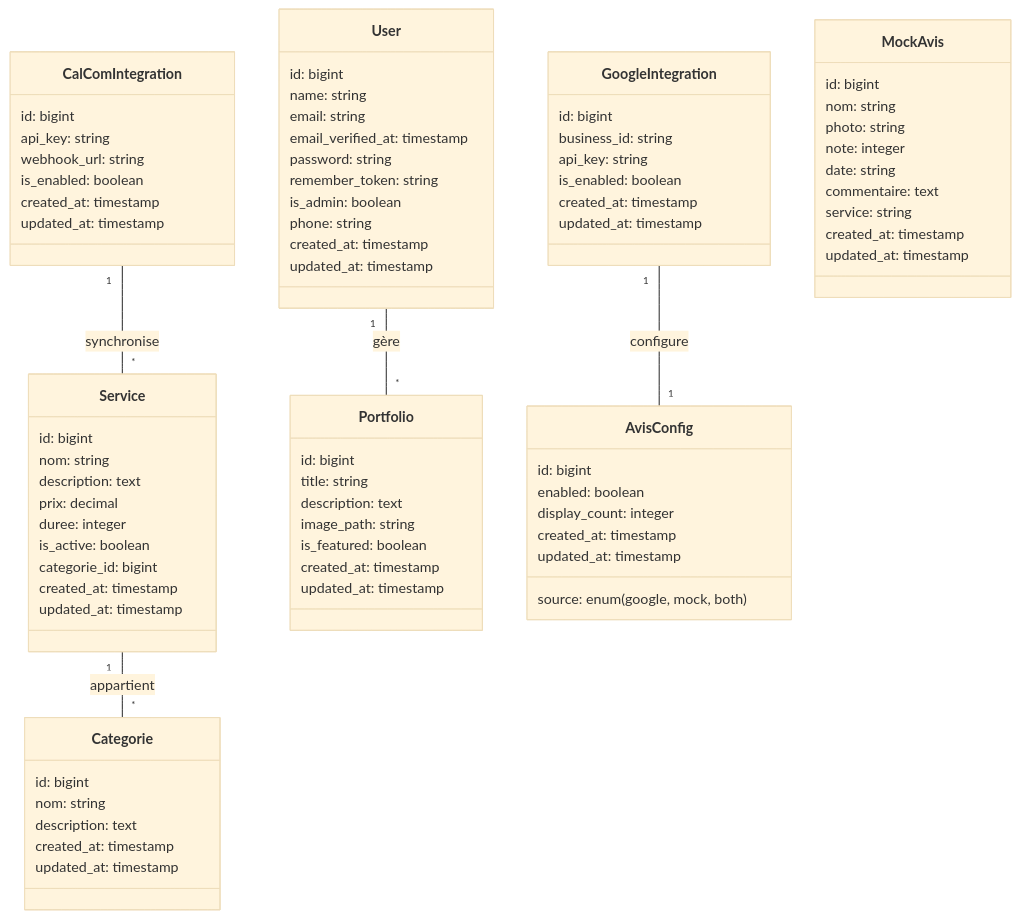
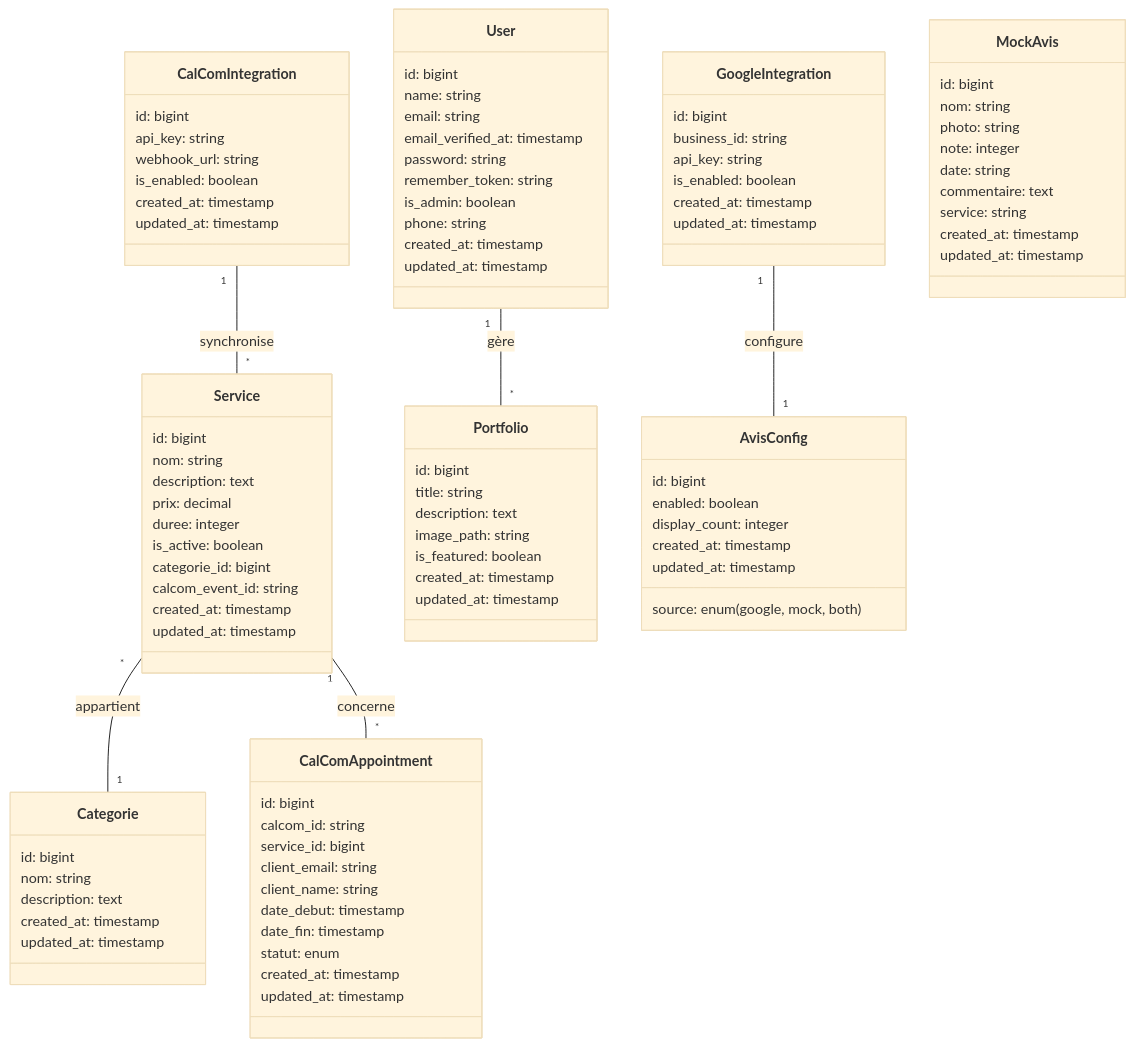
Before and after one commit to Winga7/effynails: the diagram in docs/DiagrammeClasses.md, drawn with Mermaid (base theme). The commit also changed other lines of this file and 1 other file, not shown here.

````diff
--- a/docs/DiagrammeClasses.md
+++ b/docs/DiagrammeClasses.md
@@ -16,7 +16,7 @@
         created_at: timestamp
         updated_at: timestamp
     }
-    
+
     class Service {
         id: bigint
         nom: string
@@ -25,10 +25,11 @@
         duree: integer
         is_active: boolean
         categorie_id: bigint
+        calcom_event_id: string
         created_at: timestamp
         updated_at: timestamp
     }
-    
+
     class Categorie {
         id: bigint
         nom: string
@@ -36,7 +37,7 @@
         created_at: timestamp
         updated_at: timestamp
     }
-    
+
     class Portfolio {
         id: bigint
         title: string
@@ -46,7 +47,7 @@
         created_at: timestamp
         updated_at: timestamp
     }
-    
+
     class GoogleIntegration {
         id: bigint
         business_id: string
@@ -55,7 +56,7 @@
         created_at: timestamp
         updated_at: timestamp
     }
-    
+
     class CalComIntegration {
         id: bigint
         api_key: string
@@ -64,7 +65,7 @@
         created_at: timestamp
         updated_at: timestamp
     }
-    
+
     class MockAvis {
         id: bigint
         nom: string
@@ -76,7 +77,7 @@
         created_at: timestamp
         updated_at: timestamp
     }
-    
+
     class AvisConfig {
         id: bigint
         enabled: boolean
@@ -85,9 +86,23 @@
         created_at: timestamp
         updated_at: timestamp
     }
-    
+
+    class CalComAppointment {
+        id: bigint
+        calcom_id: string
+        service_id: bigint
+        client_email: string
+        client_name: string
+        date_debut: timestamp
+        date_fin: timestamp
+        statut: enum
+        created_at: timestamp
+        updated_at: timestamp
+    }
+
     User "1" -- "*" Portfolio: gère
-    Service "1" -- "*" Categorie: appartient
+    Service "*" -- "1" Categorie: appartient
     GoogleIntegration "1" -- "1" AvisConfig: configure
     CalComIntegration "1" -- "*" Service: synchronise
+    Service "1" -- "*" CalComAppointment: concerne
 ```
````
